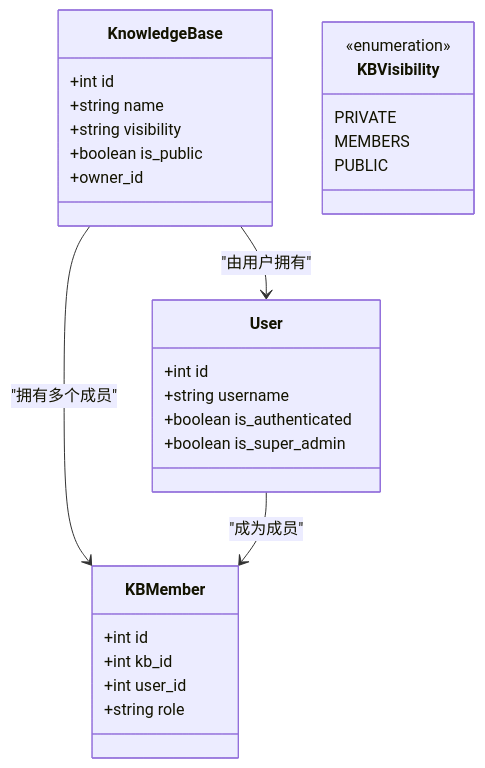
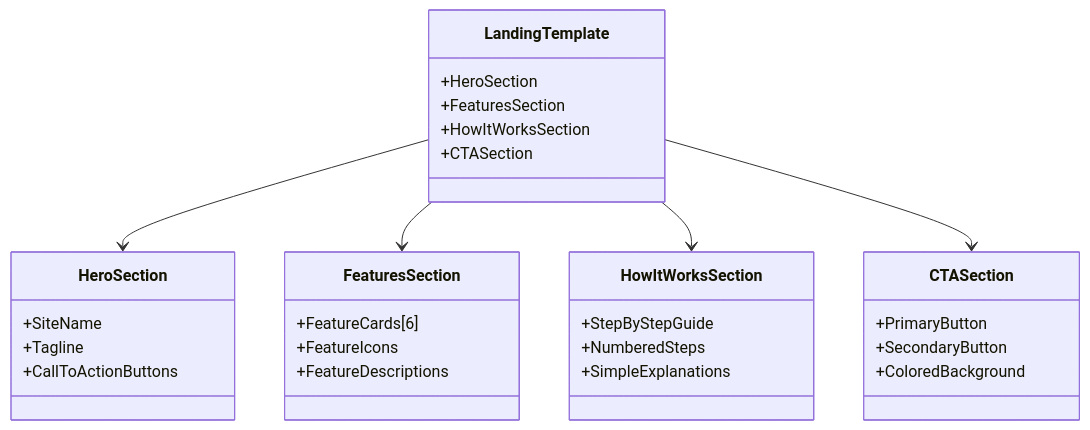
One commit to beyondalbert/my_wiki changed the fourth of 7 diagrams in .qoder/repowiki/zh/content/架构设计/蓝图系统设计/主页蓝图 (Main Blueprint).md. Above: the diagram before and after it, drawn with Mermaid. The commit also changed other lines of this file and 5 other files, not shown here.

````diff
--- a/.qoder/repowiki/zh/content/架构设计/蓝图系统设计/主页蓝图 (Main Blueprint).md
+++ b/.qoder/repowiki/zh/content/架构设计/蓝图系统设计/主页蓝图 (Main Blueprint).md
@@ -145,31 +152,33 @@
 ```mermaid
 classDiagram
-class KnowledgeBase {
-+int id
-+string name
-+string visibility
-+boolean is_public
-+owner_id
+class LandingTemplate {
++HeroSection
++FeaturesSection
++HowItWorksSection
++CTASection
 }
-class KBVisibility {
-<<enumeration>>
-PRIVATE
-MEMBERS
-PUBLIC
+class HeroSection {
++SiteName
++Tagline
++CallToActionButtons
 }
-class KBMember {
-+int id
-+int kb_id
-+int user_id
-+string role
+class FeaturesSection {
++FeatureCards[6]
++FeatureIcons
++FeatureDescriptions
 }
-class User {
-+int id
-+string username
-+boolean is_authenticated
-+boolean is_super_admin
+class HowItWorksSection {
++StepByStepGuide
++NumberedSteps
++SimpleExplanations
 }
-KnowledgeBase --> KBMember : "拥有多个成员"
-User --> KBMember : "成为成员"
-KnowledgeBase --> User : "由用户拥有"
+class CTASection {
++PrimaryButton
++SecondaryButton
++ColoredBackground
+}
+LandingTemplate --> HeroSection
+LandingTemplate --> FeaturesSection
+LandingTemplate --> HowItWorksSection
+LandingTemplate --> CTASection
 ```
````
